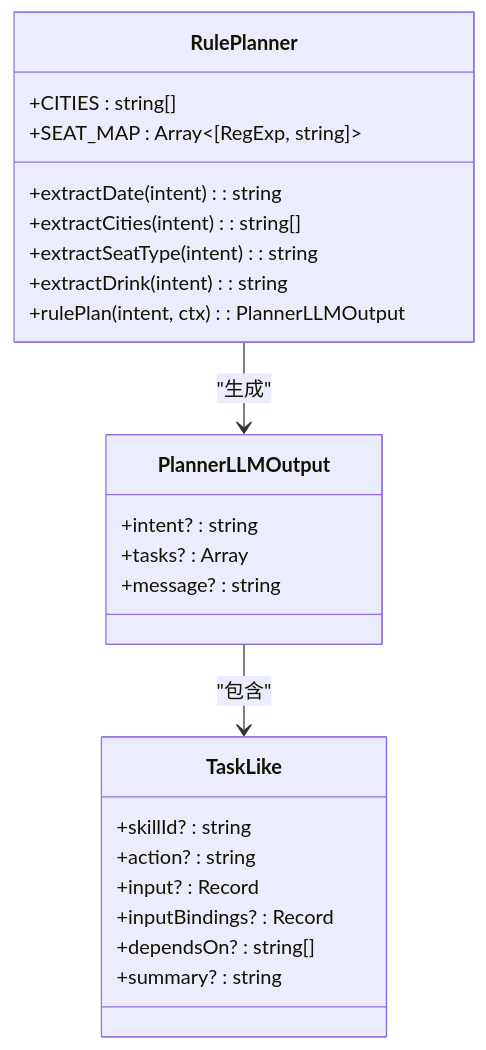
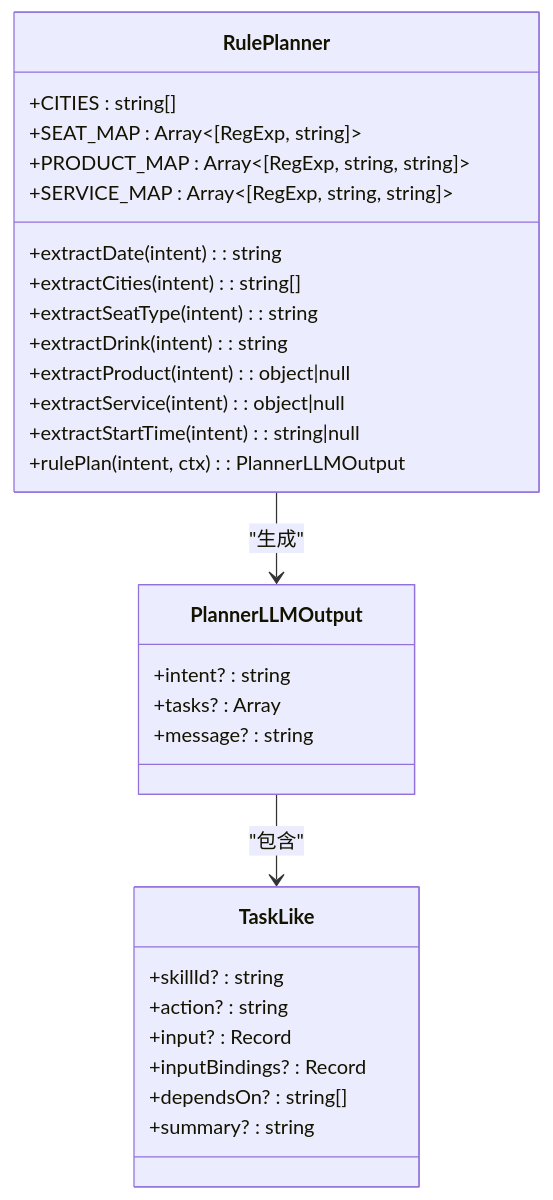
Before and after one commit to Ichi-Hackton/WAIC-WeChat-MiniProgram: the fourth of 7 diagrams in .qoder/repowiki/zh/content/LLM集成/规则规划器.md, drawn with Mermaid. The commit also changed other lines of this file and 33 other files, not shown here.

````diff
--- a/.qoder/repowiki/zh/content/LLM集成/规则规划器.md
+++ b/.qoder/repowiki/zh/content/LLM集成/规则规划器.md
@@ -170,27 +212,32 @@
 ```mermaid
 classDiagram
 class RulePlanner {
 +CITIES : string[]
 +SEAT_MAP : Array<[RegExp, string]>
++PRODUCT_MAP : Array<[RegExp, string, string]>
++SERVICE_MAP : Array<[RegExp, string, string]>
 +extractDate(intent) : string
 +extractCities(intent) : string[]
 +extractSeatType(intent) : string
 +extractDrink(intent) : string
++extractProduct(intent) : object|null
++extractService(intent) : object|null
++extractStartTime(intent) : string|null
 +rulePlan(intent, ctx) : PlannerLLMOutput
 }
 class PlannerLLMOutput {
 +intent? : string
 +tasks? : Array<TaskLike>
 +message? : string
 }
 class TaskLike {
 +skillId? : string
 +action? : string
 +input? : Record<string, unknown>
 +inputBindings? : Record<string, InputBinding>
 +dependsOn? : string[]
 +summary? : string
 }
 RulePlanner --> PlannerLLMOutput : "生成"
 PlannerLLMOutput --> TaskLike : "包含"
 ```
````
